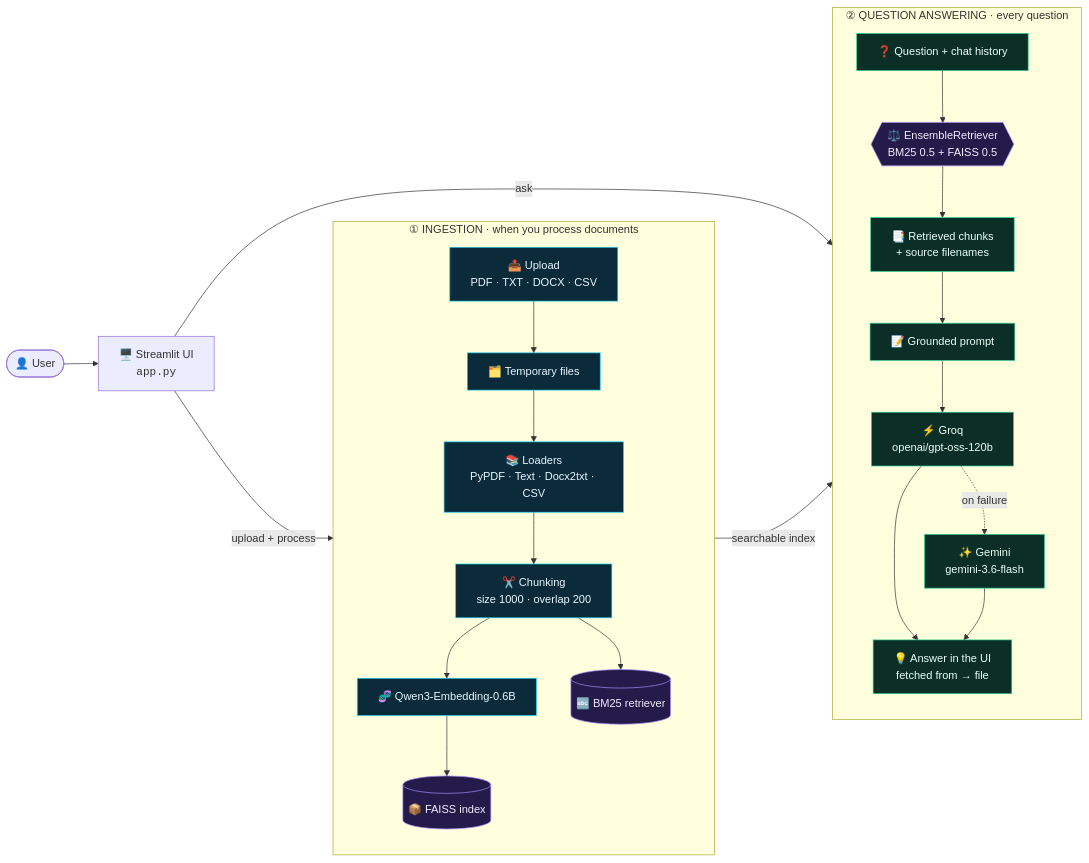
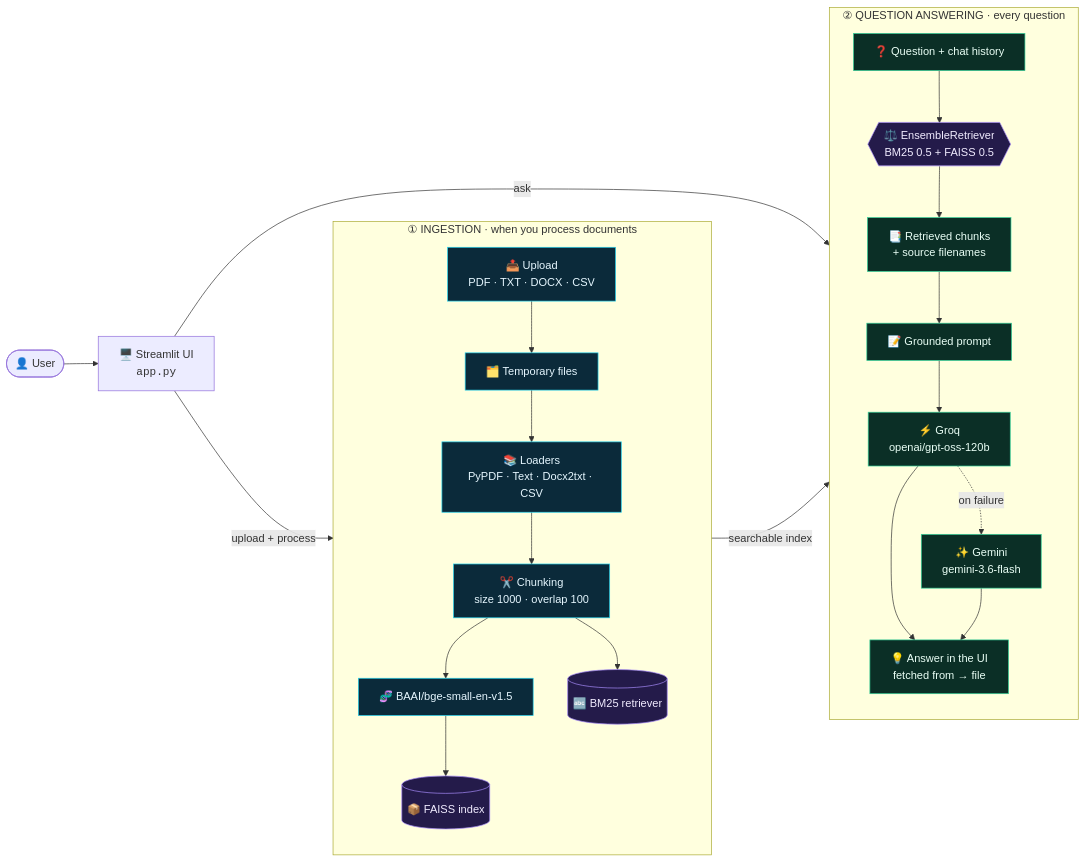
Before and after one commit to shubhumre777/nexus-rag: the first of 2 diagrams in README.md, drawn with Mermaid. The commit also changed other lines of this file, not shown here.

````diff
--- a/README.md
+++ b/README.md
@@ -120,36 +120,36 @@
 ```mermaid
 flowchart LR
     U([👤 User]) --> UI["🖥️ Streamlit UI<br/><code>app.py</code>"]
 
     subgraph ING["① INGESTION · when you process documents"]
         direction TB
         UP["📤 Upload<br/>PDF · TXT · DOCX · CSV"] --> TMP["🗂️ Temporary files"]
         TMP --> LOAD["📚 Loaders<br/>PyPDF · Text · Docx2txt · CSV"]
-        LOAD --> SPLIT["✂️ Chunking<br/>size 1000 · overlap 200"]
-        SPLIT --> EMB["🧬 Qwen3-Embedding-0.6B"]
+        LOAD --> SPLIT["✂️ Chunking<br/>size 1000 · overlap 100"]
+        SPLIT --> EMB["🧬 BAAI/bge-small-en-v1.5"]
         EMB --> FAISS[("📦 FAISS index")]
         SPLIT --> BM25[("🔤 BM25 retriever")]
     end
 
     subgraph QA["② QUESTION ANSWERING · every question"]
         direction TB
         Q["❓ Question + chat history"] --> ENS{{"⚖️ EnsembleRetriever<br/>BM25 0.5 + FAISS 0.5"}}
         ENS --> CTX["📑 Retrieved chunks<br/>+ source filenames"]
         CTX --> PROMPT["📝 Grounded prompt"]
         PROMPT --> GROQ["⚡ Groq<br/>openai/gpt-oss-120b"]
         GROQ -. "on failure" .-> GEM["✨ Gemini<br/>gemini-3.6-flash"]
         GROQ --> ANS["💡 Answer in the UI<br/>fetched from → file"]
         GEM --> ANS
     end
 
     UI -- "upload + process" --> ING
     UI -- "ask" --> QA
     ING -- "searchable index" --> QA
 
     classDef cyan fill:#0b2a3a,stroke:#22d3ee,color:#e6f7ff;
     classDef green fill:#0b2f26,stroke:#34d399,color:#eafff6;
     classDef violet fill:#241b4a,stroke:#a78bfa,color:#f1ecff;
     class UP,TMP,LOAD,SPLIT,EMB cyan;
     class Q,CTX,PROMPT,GROQ,GEM,ANS green;
     class FAISS,BM25,ENS violet;
 ```
````
